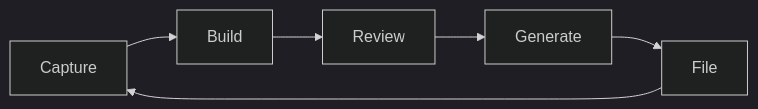
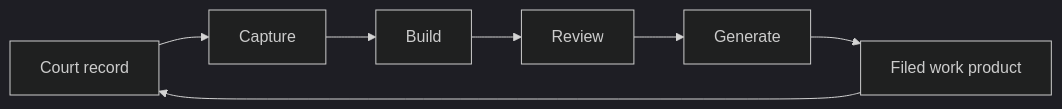
The first of 2 diagrams in README.md (jwogrady/casebuilder), drawn with Mermaid (dark theme) before and after one commit. The commit also changed other lines of this file, not shown here.

Commit message:
docs: redesign product front door

````diff
--- a/README.md
+++ b/README.md
@@ -36,8 +44,9 @@
 ```mermaid
 flowchart LR
-    Capture[Capture] --> Build[Build]
+    Court[Court record] --> Capture[Capture]
+    Capture --> Build[Build]
     Build --> Review[Review]
     Review --> Generate[Generate]
-    Generate --> File[File]
-    File --> Capture
+    Generate --> Filing[Filed work product]
+    Filing --> Court
 ```
````
